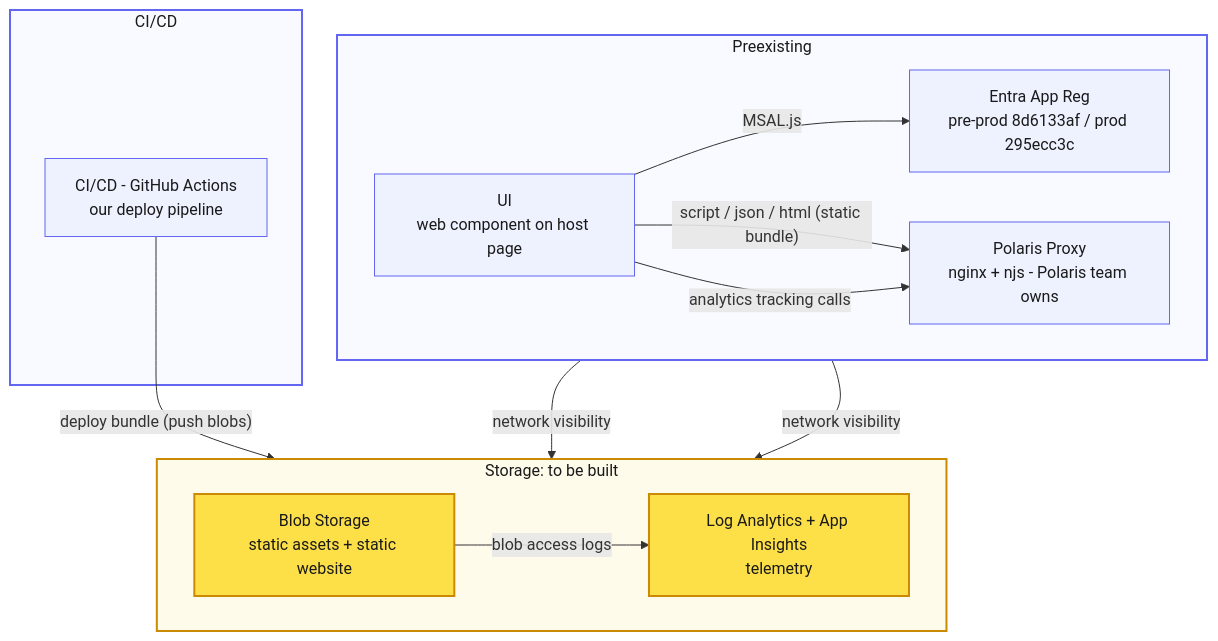
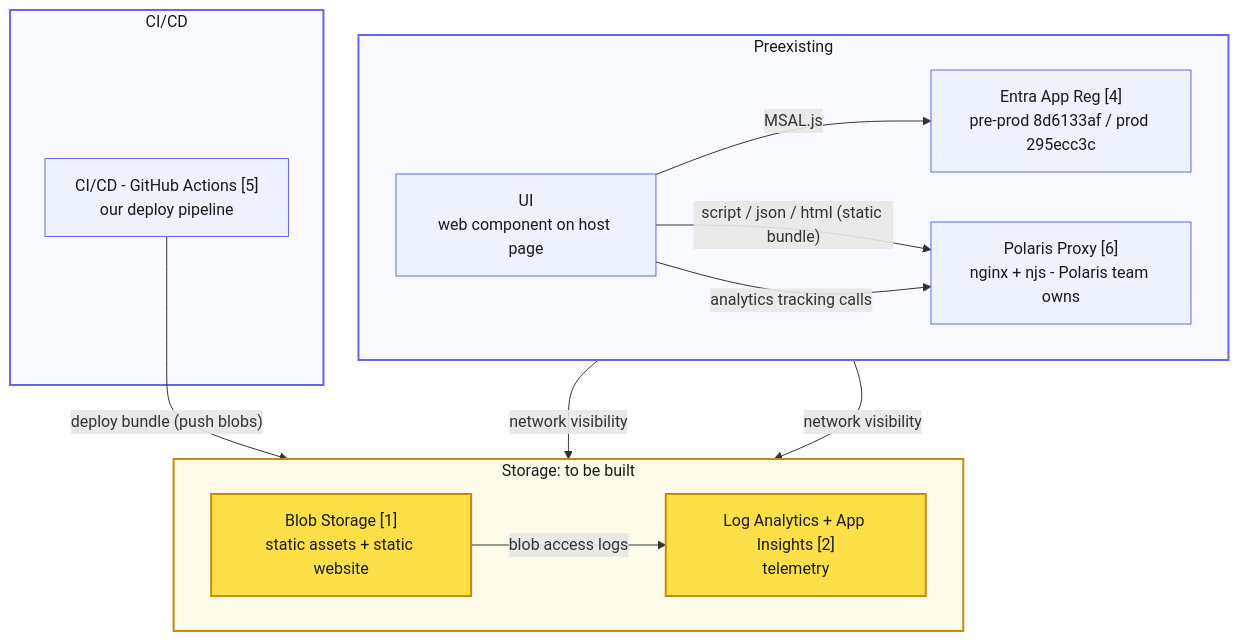
The diagram in infra/INFRASTRUCTURE.md (CPS-Innovation/global-components), drawn with Mermaid before and after one commit. The commit also changed other lines of this file, not shown here.

Commit message:
#FCT2-12598 - infra doc

````diff
--- a/infra/INFRASTRUCTURE.md
+++ b/infra/INFRASTRUCTURE.md
@@ -38,35 +38,35 @@
 ```mermaid
 graph TB
     subgraph PREEX ["Preexisting"]
         direction LR
         UI["UI<br/>web component on host page"]
-        ENTRA["Entra App Reg<br/>pre-prod 8d6133af / prod 295ecc3c"]
-        PROXY["Polaris Proxy<br/>nginx + njs - Polaris team owns"]
+        ENTRA["Entra App Reg [4]<br/>pre-prod 8d6133af / prod 295ecc3c"]
+        PROXY["Polaris Proxy [6]<br/>nginx + njs - Polaris team owns"]
         UI -->|"MSAL.js"| ENTRA
         UI -->|"script / json / html (static bundle)"| PROXY
         UI -->|"analytics tracking calls"| PROXY
     end
 
     subgraph BUILD ["Storage: to be built"]
         direction LR
-        BLOB["Blob Storage<br/>static assets + static website"]
-        LA["Log Analytics + App Insights<br/>telemetry"]
+        BLOB["Blob Storage [1]<br/>static assets + static website"]
+        LA["Log Analytics + App Insights [2]<br/>telemetry"]
         BLOB -->|"blob access logs"| LA
     end
 
     subgraph CI ["CI/CD"]
-        CICD["CI/CD - GitHub Actions<br/>our deploy pipeline"]
+        CICD["CI/CD - GitHub Actions [5]<br/>our deploy pipeline"]
     end
 
     PROXY -->|"network visibility"| BLOB
     PROXY -->|"network visibility"| LA
     CICD -->|"deploy bundle (push blobs)"| BLOB
 
     classDef build fill:#fde047,stroke:#ca8a04,stroke-width:2px,color:#1a1a1a;
     classDef existing fill:#eef2ff,stroke:#6366f1,color:#1a1a1a;
     class BLOB,LA build;
     class UI,ENTRA,PROXY,CICD existing;
     style BUILD fill:#fffbeb,stroke:#ca8a04,stroke-width:2px,color:#1a1a1a;
     style PREEX fill:#f8faff,stroke:#6366f1,stroke-width:2px,color:#1a1a1a;
     style CI fill:#f8faff,stroke:#6366f1,stroke-width:2px,color:#1a1a1a;
 ```
````
